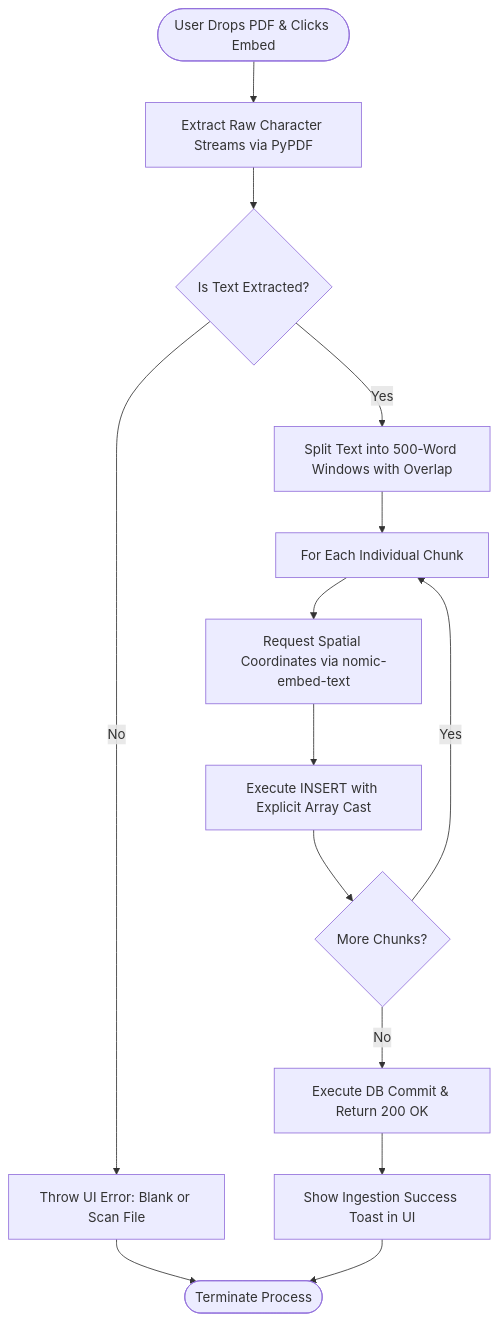
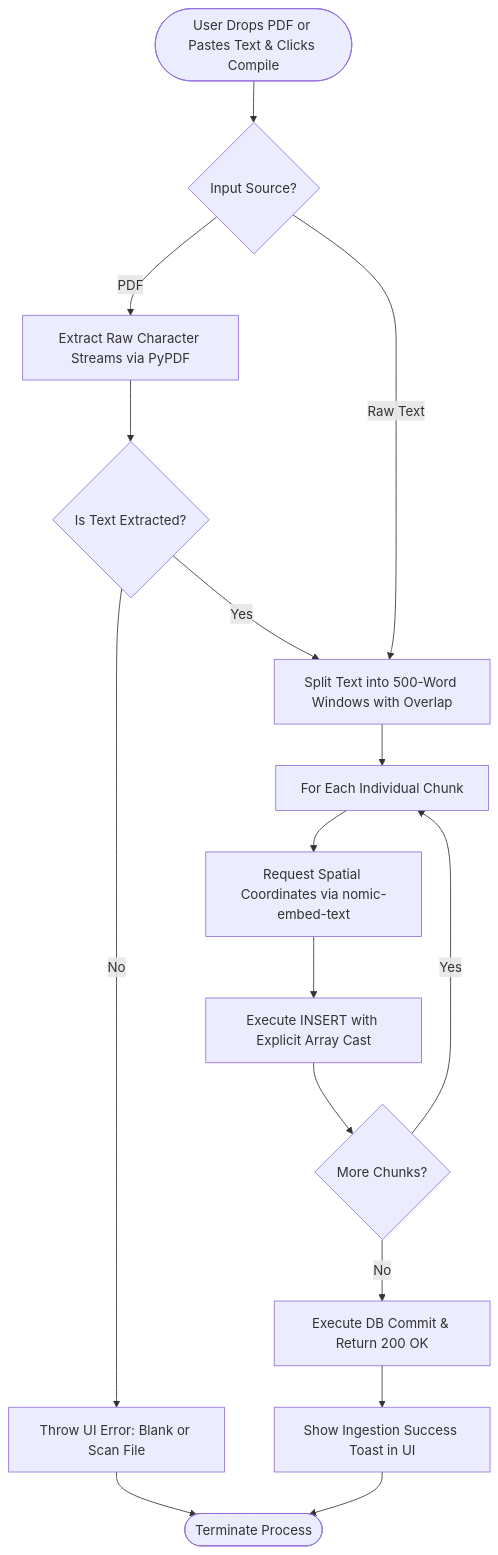
The second of 3 diagrams in README.md (ayadav348/ai_embedding), drawn with Mermaid before and after one commit.

Commit message:
Added raw text file path to diagram

````diff
--- a/README.md
+++ b/README.md
@@ -114,17 +114,20 @@
 ```mermaid
 graph TD
-    Start([User Drops PDF & Clicks Embed]) --> Extract[Extract Raw Character Streams via PyPDF]
+    Start([User Drops PDF or Pastes Text & Clicks Compile]) --> SourceType{Input Source?}
+    
+    SourceType -- PDF --> Extract[Extract Raw Character Streams via PyPDF]
     Extract --> Condition{Is Text Extracted?}
-    
     Condition -- No --> Error[Throw UI Error: Blank or Scan File] --> End([Terminate Process])
-    Condition -- Yes --> Chunk[Split Text into 500-Word Windows with Overlap]
+    Condition -- Yes --> Chunk
+
+    SourceType -- Raw Text --> Chunk[Split Text into 500-Word Windows with Overlap]
     
     Chunk --> LoopStart[For Each Individual Chunk]
     LoopStart --> Embed[Request Spatial Coordinates via nomic-embed-text]
     Embed --> SQL[Execute INSERT with Explicit Array Cast]
     SQL --> LoopCondition{More Chunks?}
     
     LoopCondition -- Yes --> LoopStart
     LoopCondition -- No --> Commit[Execute DB Commit & Return 200 OK]
     Commit --> Success[Show Ingestion Success Toast in UI] --> End
 ```
````
